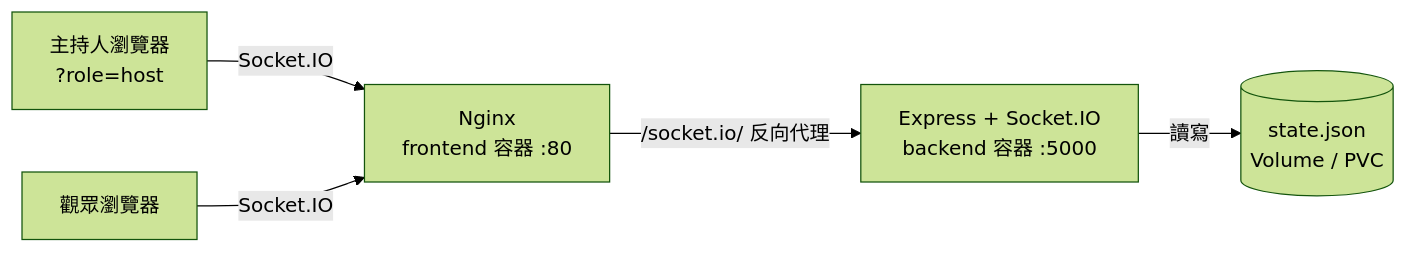
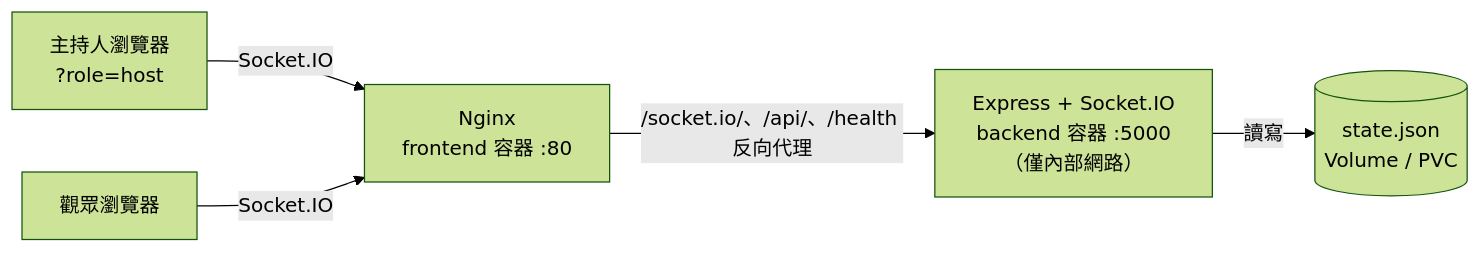
The diagram in README.md (CTJ425/Raffle-Drum), drawn with Mermaid (forest theme) before and after one commit. The commit also changed other lines of this file and 5 other files, not shown here.

````diff
--- a/README.md
+++ b/README.md
@@ -37,7 +37,7 @@
 ```mermaid
 graph LR
     Host[主持人瀏覽器<br>?role=host] -- Socket.IO --> N[Nginx<br>frontend 容器 :80]
     V1[觀眾瀏覽器] -- Socket.IO --> N
-    N -- "/socket.io/ 反向代理" --> B[Express + Socket.IO<br>backend 容器 :5000]
+    N -- "/socket.io/、/api/、/health 反向代理" --> B[Express + Socket.IO<br>backend 容器 :5000<br>（僅內部網路）]
     B -- 讀寫 --> S[(state.json<br>Volume / PVC)]
 ```
````
